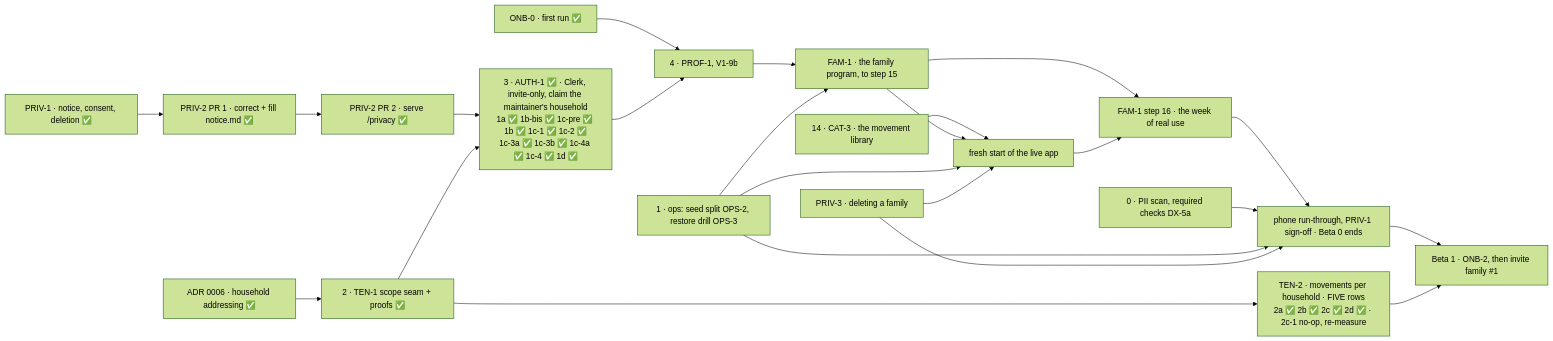
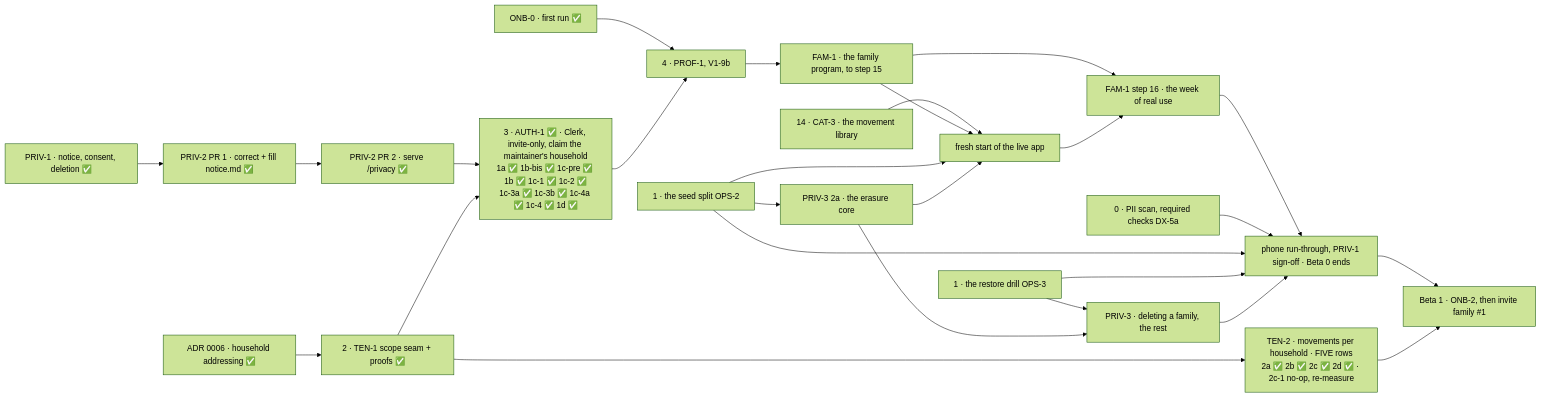
Before and after one commit to ralamode/mat-plan: the diagram in docs/milestones/beta-1.md, drawn with Mermaid (forest theme). The commit also changed other lines of this file, not shown here.

Commit message:
docs(beta-0): the fresh start waits for the seed split and the erasure core, not the drill

````diff
--- a/docs/milestones/beta-1.md
+++ b/docs/milestones/beta-1.md
@@ -97,25 +97,28 @@
 ```mermaid
 flowchart LR
   ONB[ONB-0 · first run ✅] --> S
   PRIV[PRIV-1 · notice, consent, deletion ✅] --> P1[PRIV-2 PR 1 · correct + fill notice.md ✅]
   P1 --> P2[PRIV-2 PR 2 · serve /privacy ✅]
   P2 --> AU
   C[ADR 0006 · household addressing ✅] --> T[2 · TEN-1 scope seam + proofs ✅]
   T --> AU[3 · AUTH-1 ✅ · Clerk, invite-only, claim the maintainer's household<br/>1a ✅ 1b-bis ✅ 1c-pre ✅ 1b ✅ 1c-1 ✅ 1c-2 ✅<br/>1c-3a ✅ 1c-3b ✅ 1c-4a ✅ 1c-4 ✅ 1d ✅]
   T --> T2[TEN-2 · movements per household · FIVE rows<br/>2a ✅ 2b ✅ 2c ✅ 2d ✅ · 2c-1 no-op, re-measure]
   AU --> S[4 · PROF-1, V1-9b]
   S --> F[FAM-1 · the family program, to step 15]
-  O[1 · ops: seed split OPS-2, restore drill OPS-3] --> F
   K[14 · CAT-3 · the movement library] --> R[fresh start of the live app]
   F --> R
-  O --> R
-  P3[PRIV-3 · deleting a family] --> R
+  O2[1 · the seed split OPS-2] --> R
+  O2 --> P3a[PRIV-3 2a · the erasure core]
+  P3a --> R
   F --> W[FAM-1 step 16 · the week of real use]
   R --> W
   W --> B0[phone run-through, PRIV-1 sign-off · Beta 0 ends]
   N[0 · PII scan, required checks DX-5a] --> B0
-  O --> B0
+  O2 --> B0
+  O3[1 · the restore drill OPS-3] --> P3[PRIV-3 · deleting a family, the rest]
+  P3a --> P3
+  O3 --> B0
   P3 --> B0
   B0 --> I[Beta 1 · ONB-2, then invite family #1]
   T2 --> I
 ```
````
